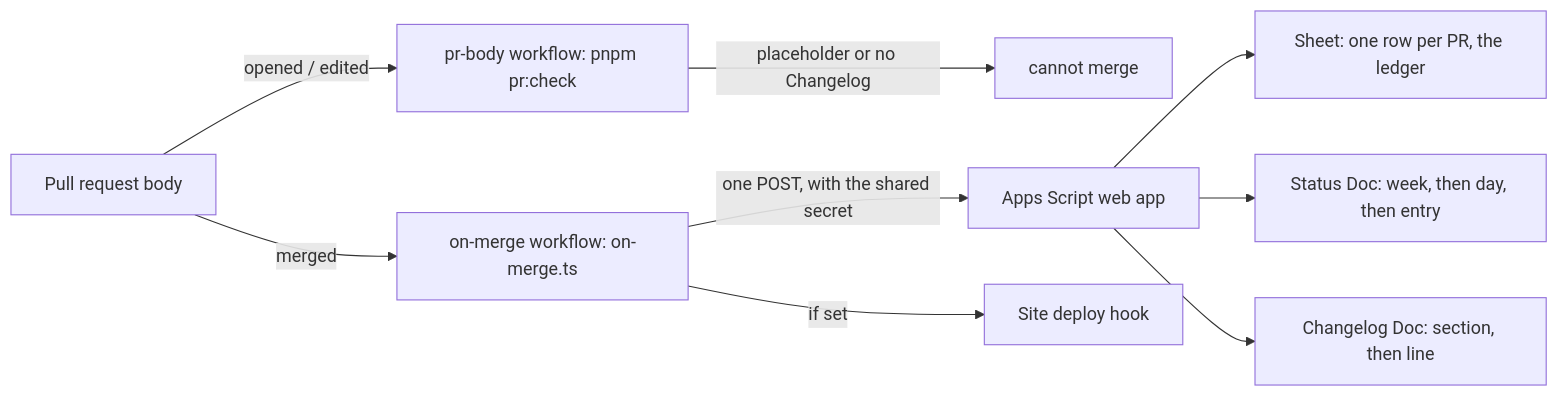
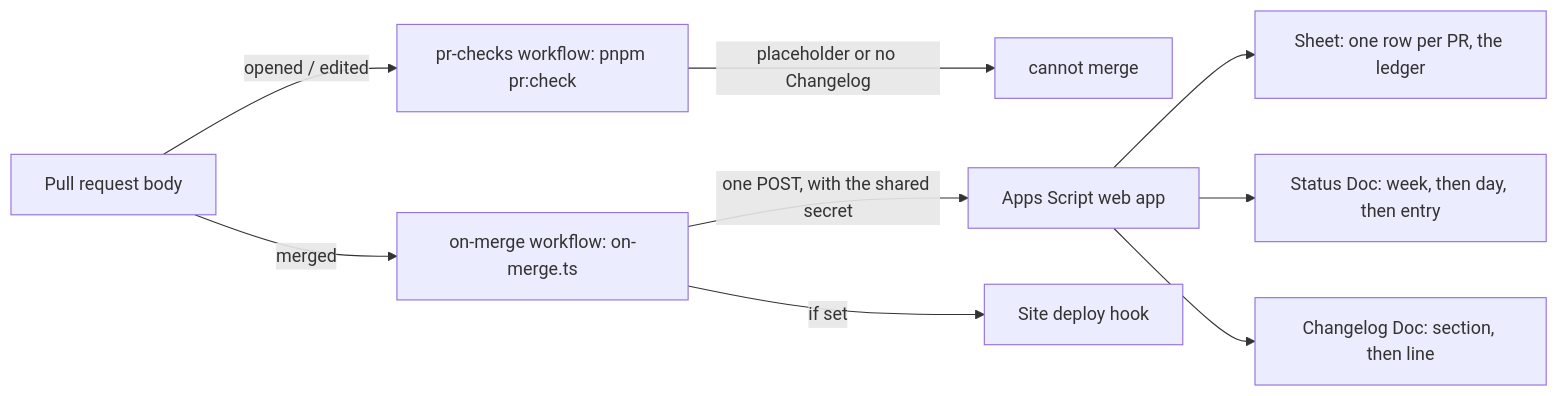
Before and after one commit to alvinwquach/gaugeline: the diagram in REPORTING.md, drawn with Mermaid. The commit also changed 9 other files, not shown here.

````diff
--- a/REPORTING.md
+++ b/REPORTING.md
@@ -7,11 +7,11 @@
 ```mermaid
 flowchart LR
-  PR[Pull request body] -->|opened / edited| Check[pr-body workflow: pnpm pr:check]
+  PR[Pull request body] -->|opened / edited| Check[pr-checks workflow: pnpm pr:check]
   Check -->|placeholder or no Changelog| Block[cannot merge]
   PR -->|merged| Merge[on-merge workflow: on-merge.ts]
   Merge -->|one POST, with the shared secret| GAS[Apps Script web app]
   GAS --> Sheet[Sheet: one row per PR, the ledger]
   GAS --> Status[Status Doc: week, then day, then entry]
   GAS --> Changelog[Changelog Doc: section, then line]
   Merge -->|if set| Hook[Site deploy hook]
 ```
````
